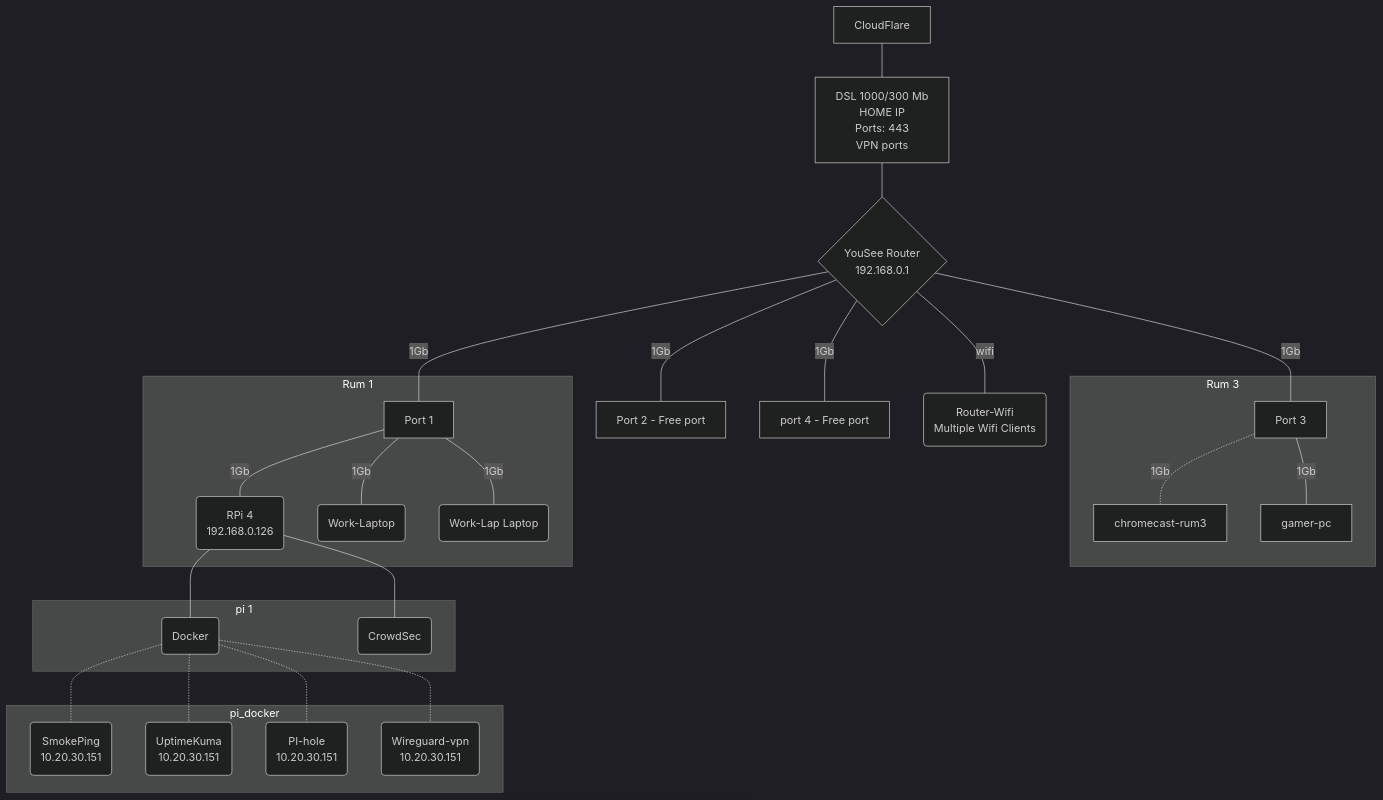
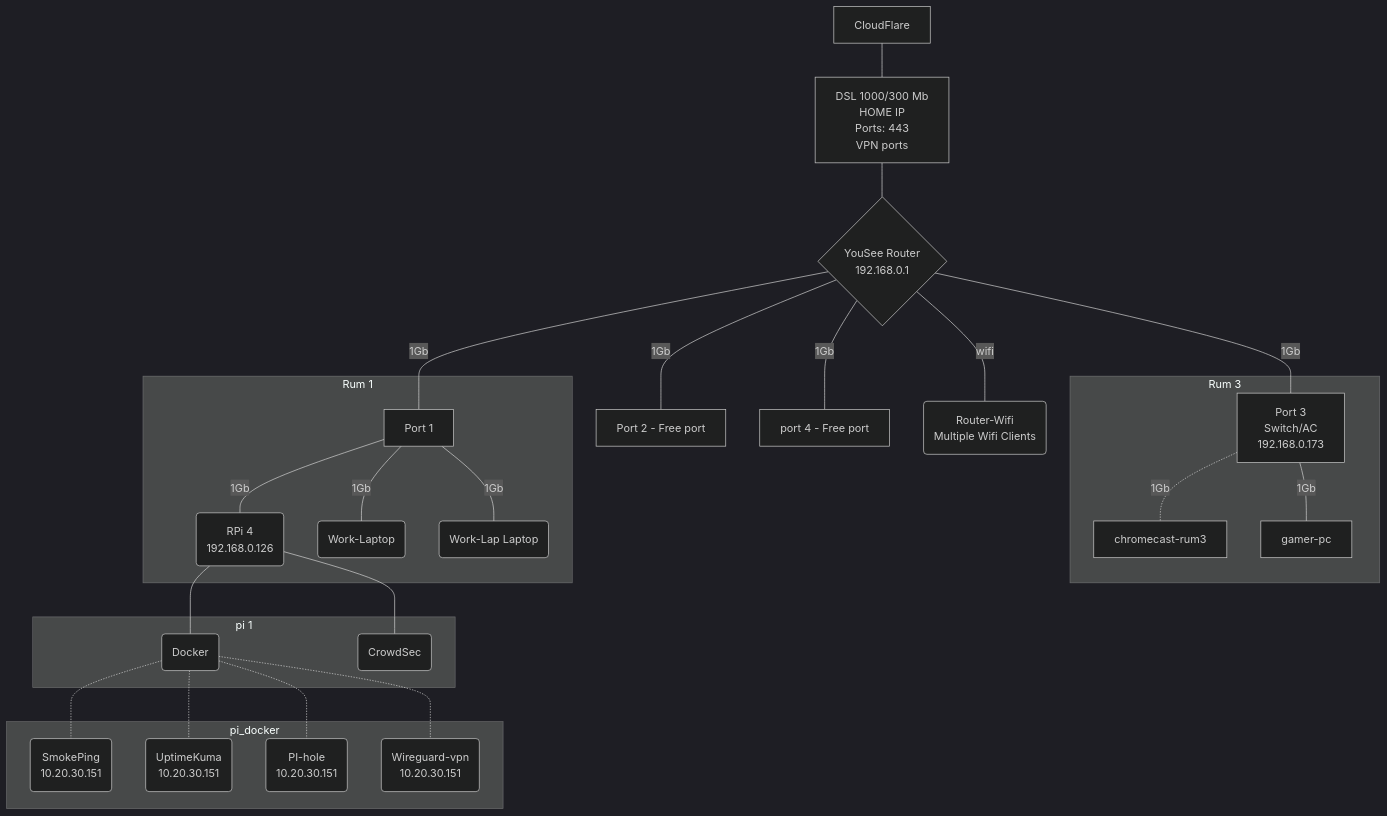
One commit to alf149/ansible changed the diagram in Docs/Index.md. Above: the diagram before and after it, drawn with Mermaid (dark theme).

````diff
--- a/Docs/Index.md
+++ b/Docs/Index.md
@@ -21,35 +21,35 @@
 ```mermaid
 graph TD
  linkStyle default interpolate basis
  cloudflare[<center>CloudFlare</center>]---wan
  wan[<center>DSL 1000/300 Mb<br>HOME IP<br>Ports: 443<br>VPN ports</center>]---router{<center>YouSee Router<br>192.168.0.1</center>}
  router---|1Gb|rum_1[<center>Port 1</center>]
  router---|1Gb|rum_2[<center>Port 2 - Free port</center>]
- router---|1Gb|rum_3[<center>Port 3</center>]
+ router---|1Gb|rum_3[<center>Port 3<br>Switch/AC<br>192.168.0.173</center>]
  router---|1Gb|rum_4[<center>port 4 - Free port</center>]
  router---|wifi|ac_wifi(<center>Router-Wifi<br>Multiple Wifi Clients</center>)
 
     subgraph Rum 3
     rum_3-.-|1Gb|chromecast-rum3
     rum_3---|1Gb|gamer-pc
     end
 
     subgraph Rum 1
     rum_1---|1Gb|pi(<center>RPi 4<br>192.168.0.126</center>)
     rum_1---|1Gb|work(<center>Work-Laptop</center>)
     rum_1---|1Gb|work-lab(<center>Work-Lap Laptop</center>)
     end
 
         subgraph pi 1
         pi---docker(<center>Docker</center>)
         pi---crowdsec(<center>CrowdSec</center>)
         end
 
         subgraph pi_docker
         docker-.-smokeping(<center>SmokePing<br>10.20.30.151</center>)
         docker-.-uptimeKuma(<center>UptimeKuma<br>10.20.30.151</center>)
         docker-.-pihole(<center>PI-hole<br>10.20.30.151</center>)
         docker-.-wireguardvpn(<center>Wireguard-vpn<br>10.20.30.151</center>)
         end
 
 ```
````
